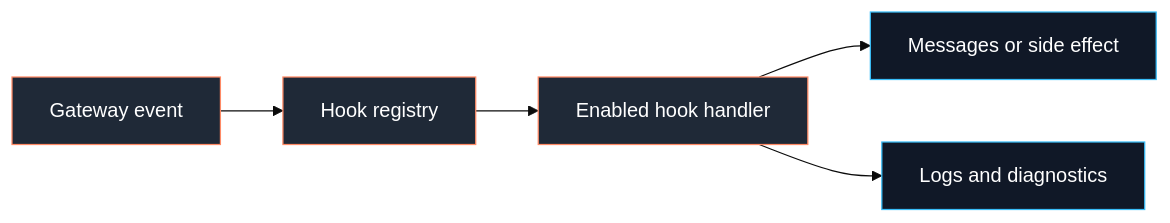
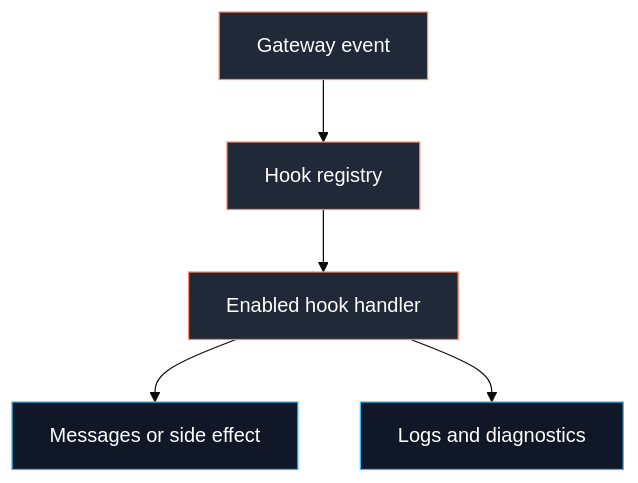
One commit to fased-ai/fased changed the diagram in docs/automation/hooks.md. Above: the diagram before and after it, drawn with Mermaid (base theme). The commit also changed other lines of this file and 264 other files, not shown here.

````diff
--- a/docs/automation/hooks.md
+++ b/docs/automation/hooks.md
@@ -19,12 +19,12 @@
 ```mermaid
-flowchart LR
-  Event[Gateway event] --> Registry[Hook registry]
-  Registry --> Handler[Enabled hook handler]
-  Handler --> Result[Messages or side effect]
-  Handler --> Logs[Logs and diagnostics]
+flowchart TD
+  Event["Gateway event"] --> Registry["Hook registry"]
+  Registry --> Handler["Enabled hook handler"]
+  Handler --> Result["Messages or side effect"]
+  Handler --> Logs["Logs and diagnostics"]
 
   classDef main fill:#1f2937,stroke:#ff8a65,color:#ffffff
   classDef aux fill:#101827,stroke:#38bdf8,color:#ffffff
   class Event,Registry,Handler main
   class Result,Logs aux
 ```
````
